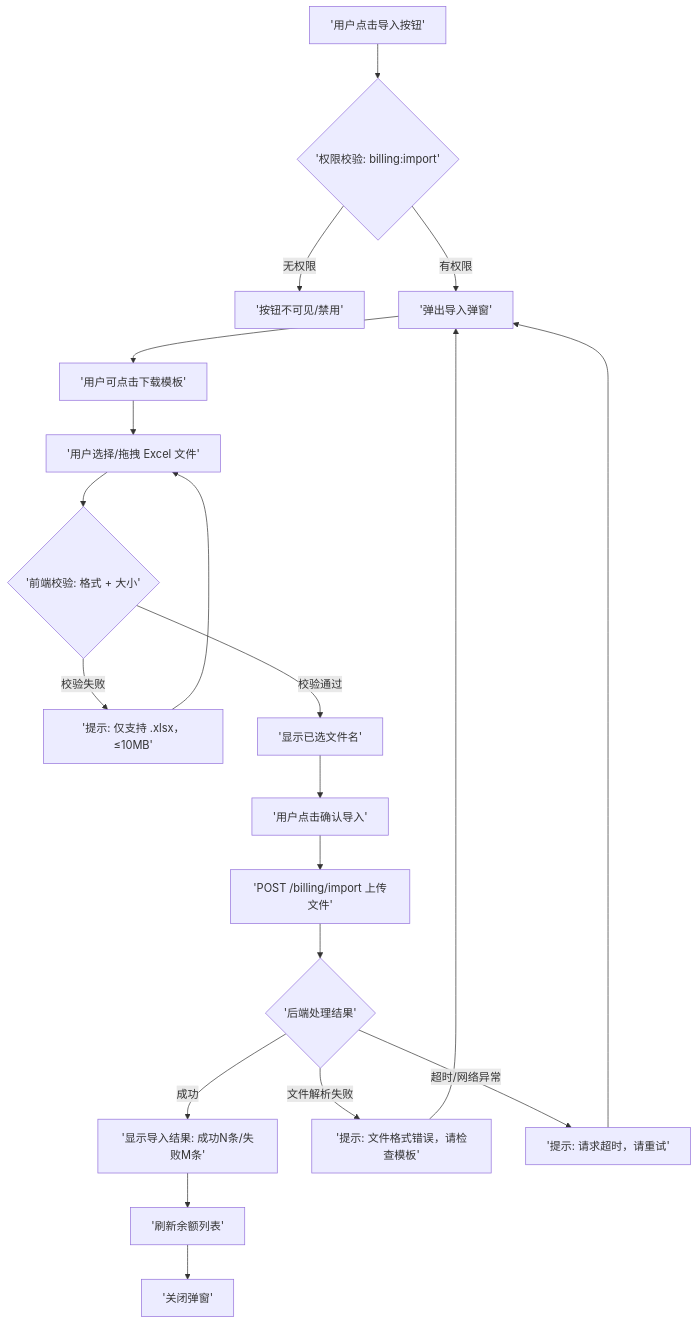
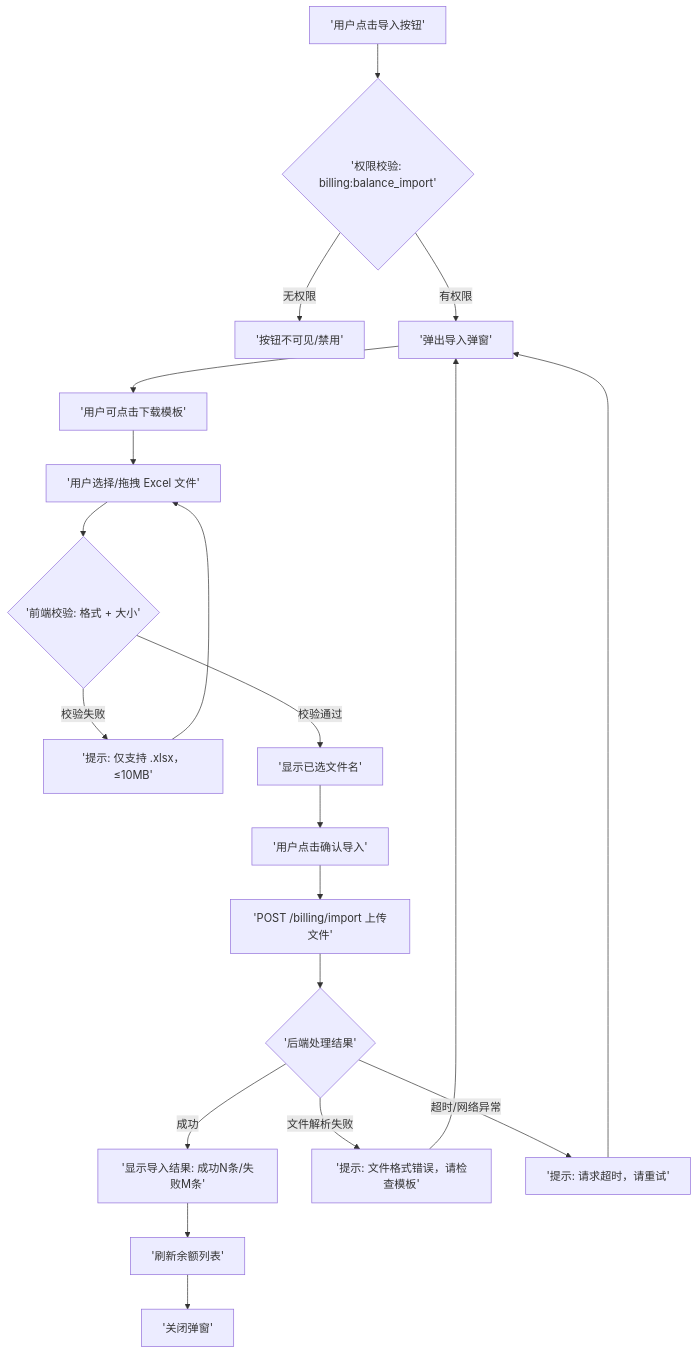
One commit to sacrtap/customer_platform_vk changed the first of 3 diagrams in docs/specs/balance-import-prd.md. Above: the diagram before and after it, drawn with Mermaid. The commit also changed other lines of this file and 17 other files, not shown here.

````diff
--- a/docs/specs/balance-import-prd.md
+++ b/docs/specs/balance-import-prd.md
@@ -128,22 +129,22 @@
 ```mermaid
 flowchart TD
-    A['用户点击导入按钮'] --> B{'权限校验: billing:import'}
+    A['用户点击导入按钮'] --> B{'权限校验: billing:balance_import'}
     B -->|无权限| C['按钮不可见/禁用']
     B -->|有权限| D['弹出导入弹窗']
     D --> E['用户可点击下载模板']
     E --> F['用户选择/拖拽 Excel 文件']
     F --> G{'前端校验: 格式 + 大小'}
     G -->|校验失败| H['提示: 仅支持 .xlsx，≤10MB']
     H --> F
     G -->|校验通过| I['显示已选文件名']
     I --> J['用户点击确认导入']
     J --> K['POST /billing/import 上传文件']
     K --> L{'后端处理结果'}
     L -->|成功| M['显示导入结果: 成功N条/失败M条']
     L -->|文件解析失败| N['提示: 文件格式错误，请检查模板']
     L -->|超时/网络异常| O['提示: 请求超时，请重试']
     N --> D
     O --> D
     M --> P['刷新余额列表']
     P --> Q['关闭弹窗']
 ```
````
